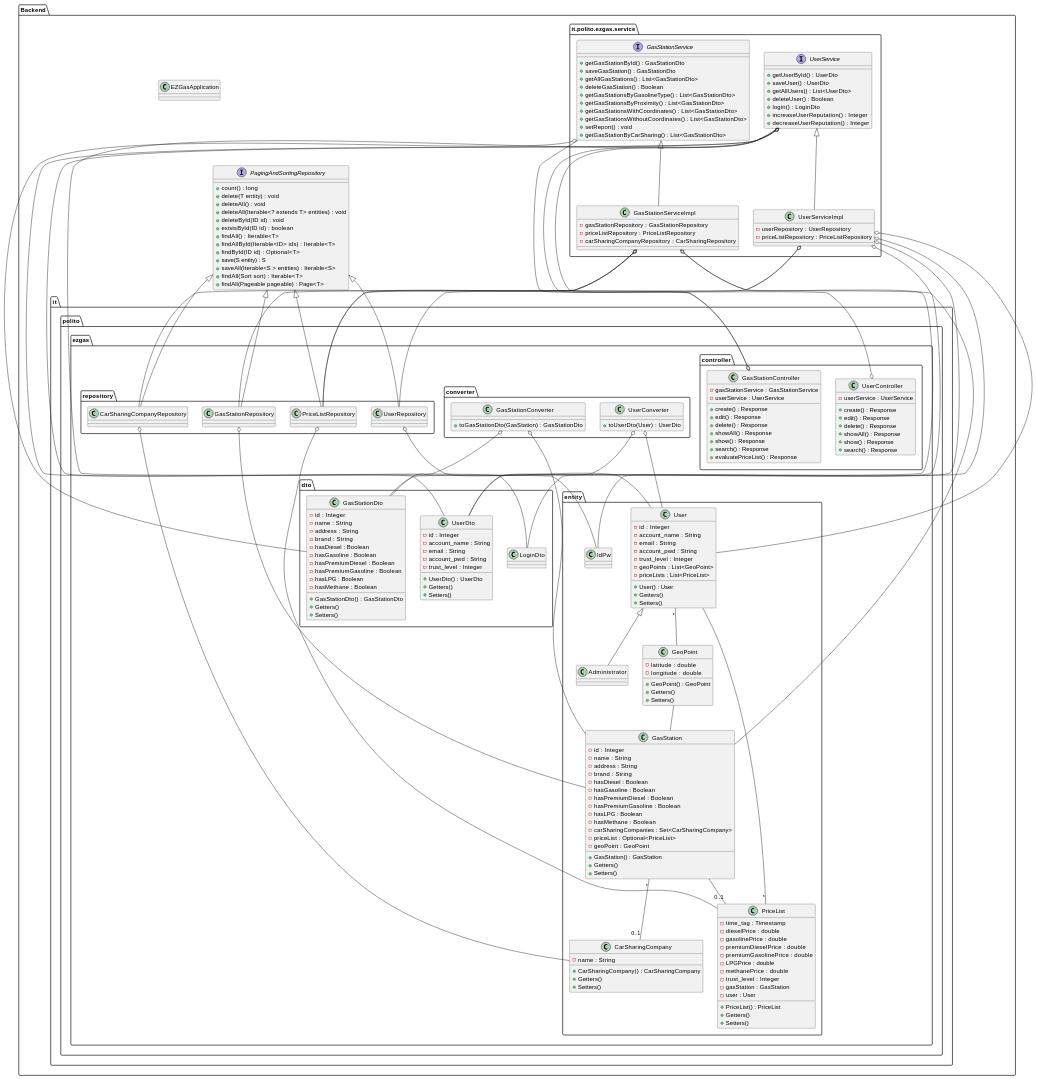
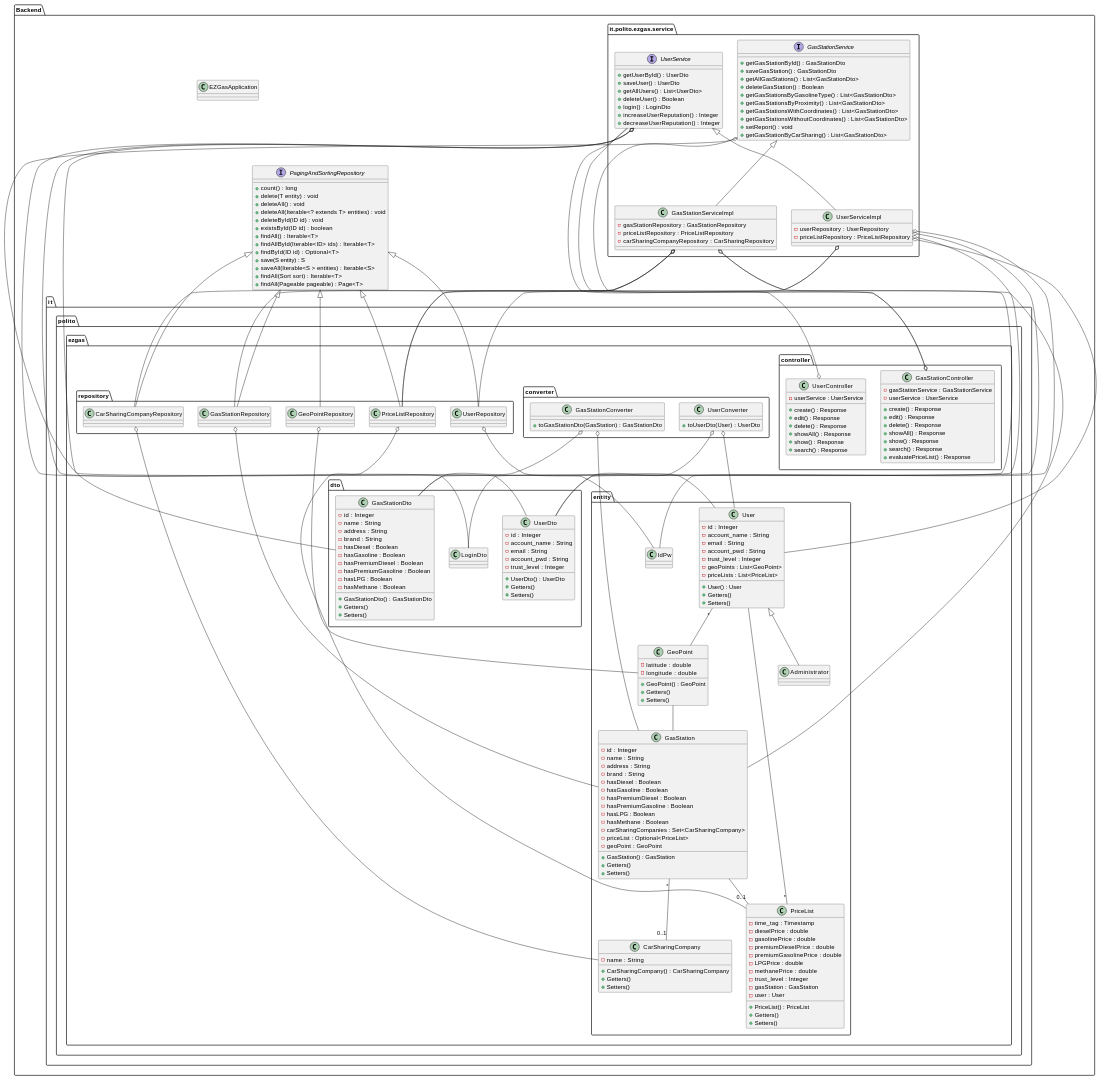
One commit to lucarinelli/ezgas changed the fourth of 4 diagrams in docs/DesignDocument.md. Above: the diagram before and after it, drawn with PlantUML.

Commit message:
docs: added GeoPointRepository to class diagram

````diff
--- a/docs/DesignDocument.md
+++ b/docs/DesignDocument.md
@@ -431,6 +431,9 @@
         
         class CarSharingCompanyRepository{
         }
+        
+        class GeoPointRepository{
+        }
     }
 
     
@@ -440,6 +443,7 @@
 PagingAndSortingRepository <|-- GasStationRepository
 PagingAndSortingRepository <|-- PriceListRepository
 PagingAndSortingRepository <|-- CarSharingCompanyRepository
+PagingAndSortingRepository <|-- GeoPointRepository
 
 
 UserService <|-- UserServiceImpl
@@ -475,4 +479,6 @@
 
 PriceListRepository o-- PriceList
 CarSharingCompanyRepository o-- CarSharingCompany
+
+GeoPointRepository o-- GeoPoint
 ```
````
